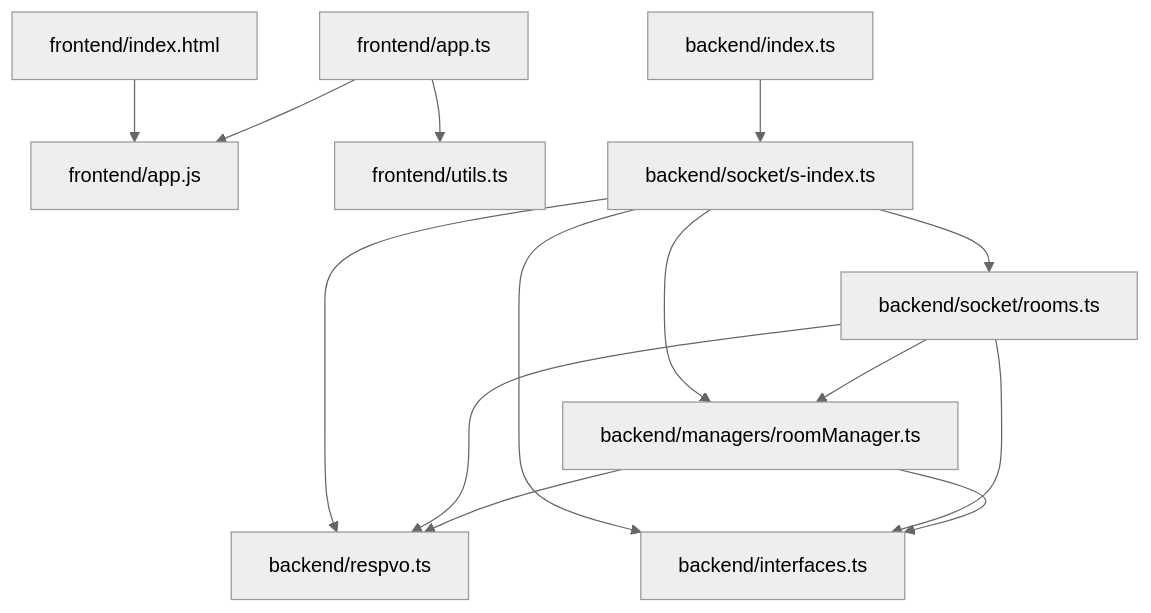
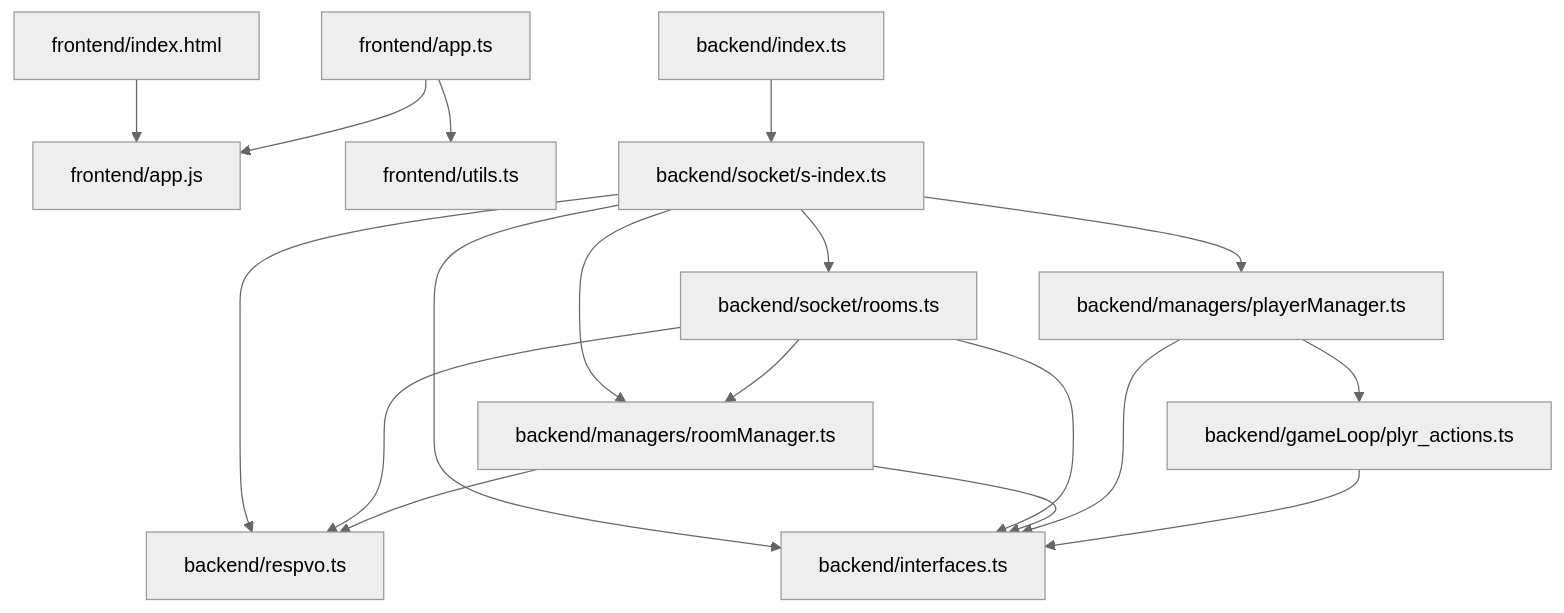
One commit to harshalharishraman/void-sector-108 changed the first of 2 diagrams in GRAPH.md. Above: the diagram before and after it, drawn with Mermaid (neutral theme). The commit also changed other lines of this file and 13 other files, not shown here.

````diff
--- a/GRAPH.md
+++ b/GRAPH.md
@@ -7,29 +7,35 @@
 ```mermaid
 flowchart TD
   Browser["frontend/index.html"]
   FrontendApp["frontend/app.ts"]
   FrontendBundle["frontend/app.js"]
   Utils["frontend/utils.ts"]
 
   BackendIndex["backend/index.ts"]
   SocketIndex["backend/socket/s-index.ts"]
   Rooms["backend/socket/rooms.ts"]
   RoomManager["backend/managers/roomManager.ts"]
   Resp["backend/respvo.ts"]
   Interfaces["backend/interfaces.ts"]
+  PlayerManager["backend/managers/playerManager.ts"]
+PlayerActions["backend/gameLoop/plyr_actions.ts"]
 
   Browser --> FrontendBundle
   FrontendApp --> FrontendBundle
   FrontendApp --> Utils
 
   BackendIndex --> SocketIndex
   SocketIndex --> Rooms
   SocketIndex --> RoomManager
   SocketIndex --> Resp
   SocketIndex --> Interfaces
   Rooms --> RoomManager
   Rooms --> Resp
   Rooms --> Interfaces
   RoomManager --> Resp
   RoomManager --> Interfaces
+  SocketIndex --> PlayerManager
+PlayerManager --> PlayerActions
+PlayerManager --> Interfaces
+PlayerActions --> Interfaces
 ```
````
